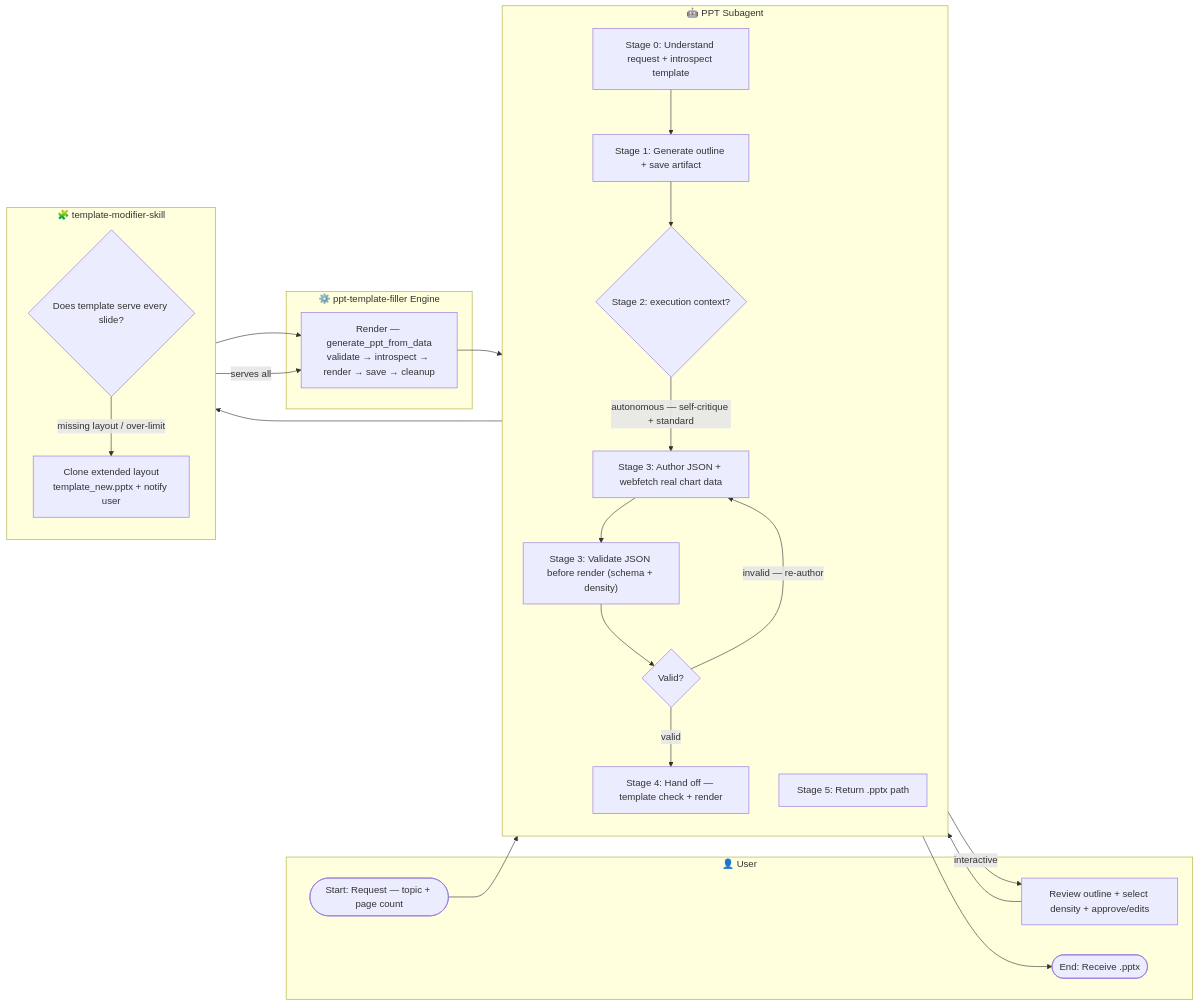
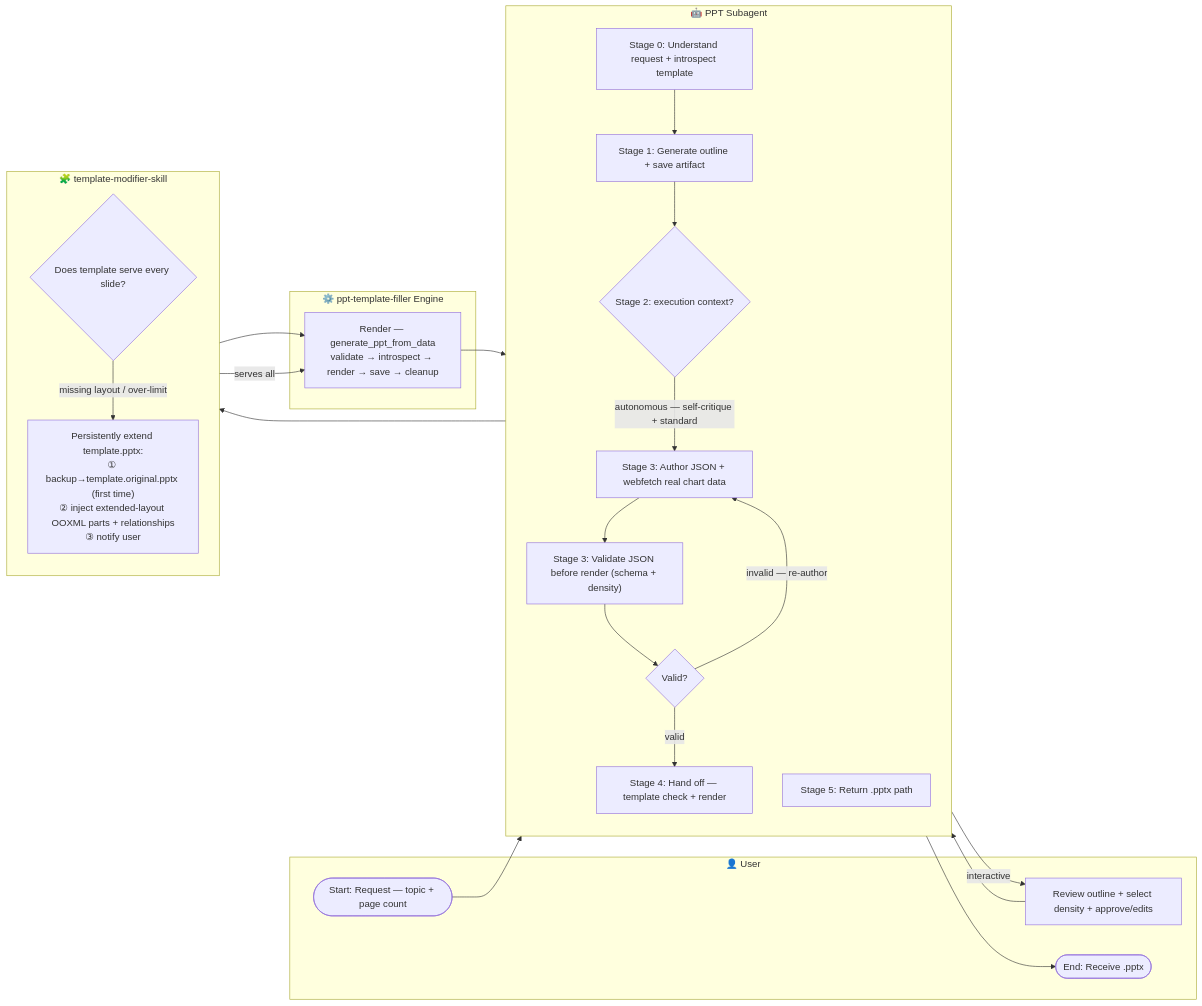
The diagram in docs/workflow/workflow-diagram.mmd (wcyapplemist/opencode-config-template-chenyu), drawn with Mermaid before and after one commit. The commit also changed 8 other files, not shown here.

```diff
--- a/docs/workflow/workflow-diagram.mmd
+++ b/docs/workflow/workflow-diagram.mmd
@@ -1,48 +1,48 @@
 %% PPTX Subagent System — Workflow Diagram (swimlane / cross-functional flowchart)
 %% Render at https://mermaid.live (paste everything below the line)
 %% Lanes = participants; cross-lane arrows = responsibility handoffs.
 flowchart LR
     subgraph User["👤 User"]
         U0([Start: Request — topic + page count])
         U1["Review outline + select density + approve/edits"]
         Uend([End: Receive .pptx])
     end
 
     subgraph Subagent["🤖 PPT Subagent"]
         direction TB
         A0["Stage 0: Understand request + introspect template"]
         A1["Stage 1: Generate outline + save artifact"]
         A2{"Stage 2: execution context?"}
         A3["Stage 3: Author JSON + webfetch real chart data"]
         A4["Stage 3: Validate JSON before render (schema + density)"]
         A4d{"Valid?"}
         A5["Stage 4: Hand off — template check + render"]
         A6["Stage 5: Return .pptx path"]
     end
 
     subgraph Modifier["🧩 template-modifier-skill"]
         direction TB
         T0{"Does template serve every slide?"}
-        T1["Clone extended layout<br/>template_new.pptx + notify user"]
+        T1["Persistently extend template.pptx:<br/>① backup→template.original.pptx (first time)<br/>② inject extended-layout OOXML parts + relationships<br/>③ notify user"]
     end
 
     subgraph Engine["⚙️ ppt-template-filler Engine"]
         E0["Render — generate_ppt_from_data<br/>validate → introspect → render → save → cleanup"]
     end
 
     U0 --> A0
     A0 --> A1
     A1 --> A2
     A2 -->|"interactive"| U1
     U1 --> A3
     A2 -->|"autonomous — self-critique + standard"| A3
     A3 --> A4
     A4 --> A4d
     A4d -->|"invalid — re-author"| A3
     A4d -->|"valid"| A5
     A5 --> T0
     T0 -->|"missing layout / over-limit"| T1
     T1 --> E0
     T0 -->|"serves all"| E0
     E0 --> A6
     A6 --> Uend
```
